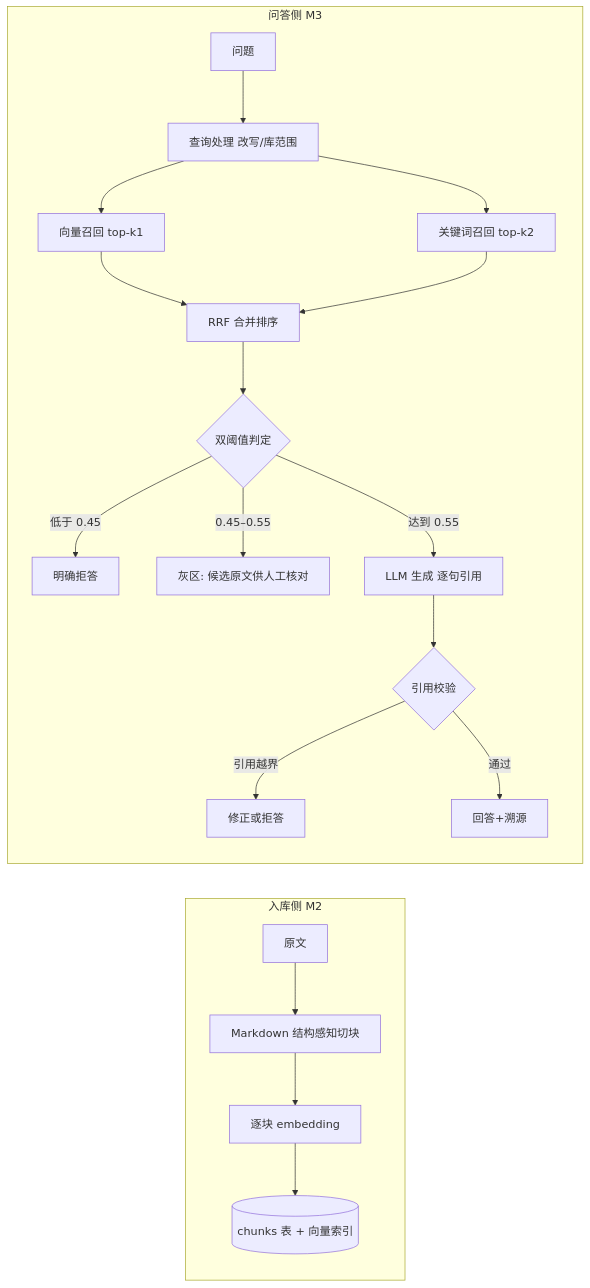
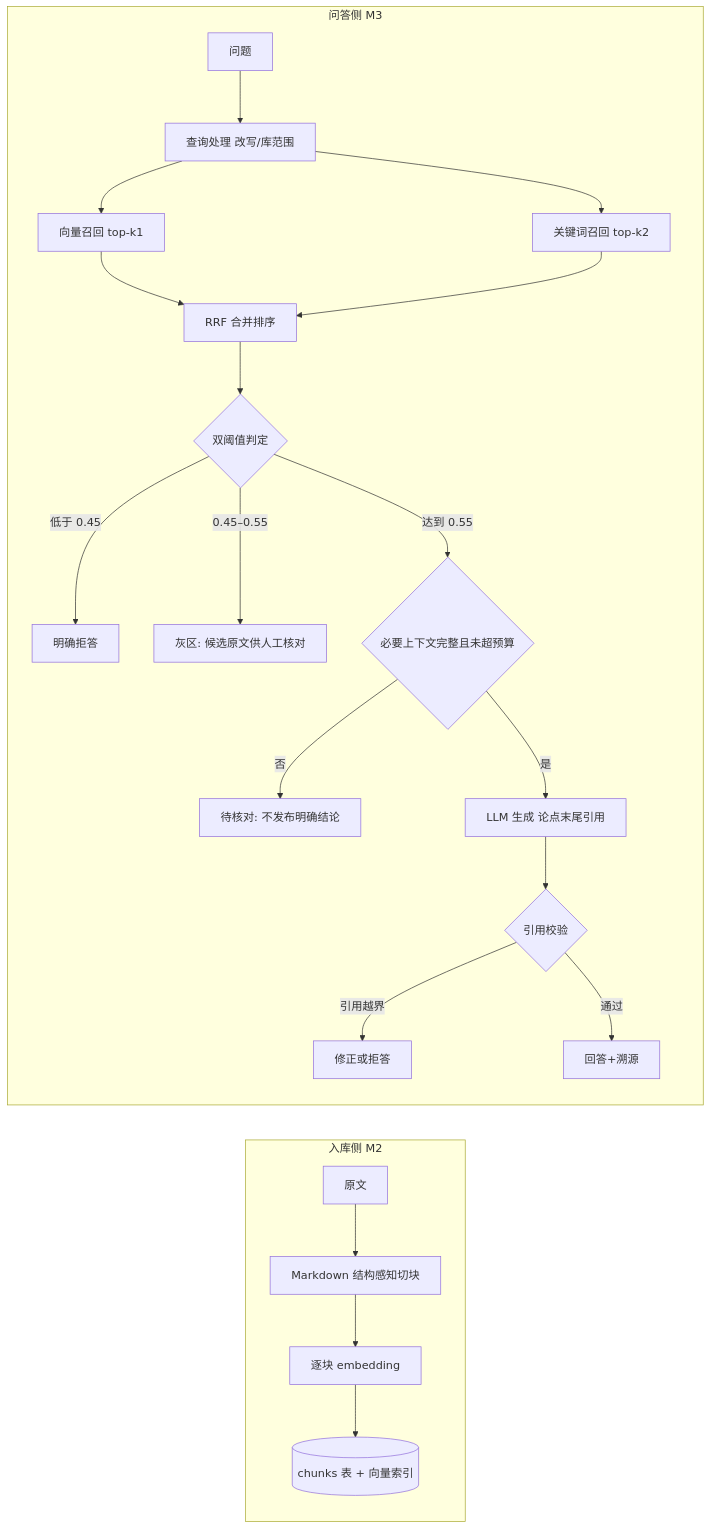
Before and after one commit to One-29/personal-knowledge-base: the diagram in docs/design/04-retrieval.md, drawn with Mermaid. The commit also changed other lines of this file and 44 other files, not shown here.

````diff
--- a/docs/design/04-retrieval.md
+++ b/docs/design/04-retrieval.md
@@ -20,22 +20,24 @@
 ```mermaid
 flowchart LR
     subgraph 入库侧 M2
         A[原文] --> B[Markdown 结构感知切块]
         B --> C[逐块 embedding]
         C --> D[(chunks 表 + 向量索引)]
     end
     subgraph 问答侧 M3
         E[问题] --> F[查询处理 改写/库范围]
         F --> G[向量召回 top-k1]
         F --> H[关键词召回 top-k2]
         G --> I[RRF 合并排序]
         H --> I
         I --> J{双阈值判定}
         J -->|低于 0.45| K[明确拒答]
         J -->|0.45–0.55| P[灰区: 候选原文供人工核对]
-        J -->|达到 0.55| L[LLM 生成 逐句引用]
+        J -->|达到 0.55| Q{必要上下文完整且未超预算}
+        Q -->|否| R[待核对: 不发布明确结论]
+        Q -->|是| L[LLM 生成 论点末尾引用]
         L --> M{引用校验}
         M -->|引用越界| N[修正或拒答]
         M -->|通过| O[回答+溯源]
     end
 ```
````
